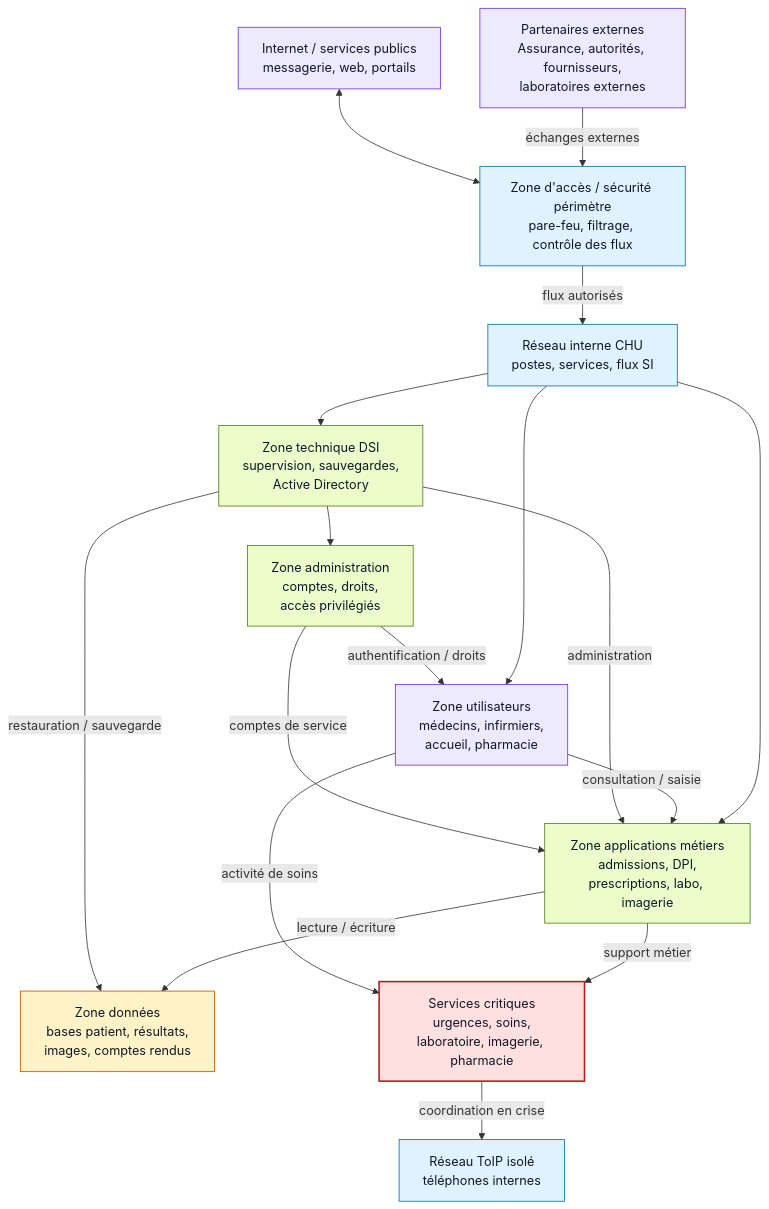
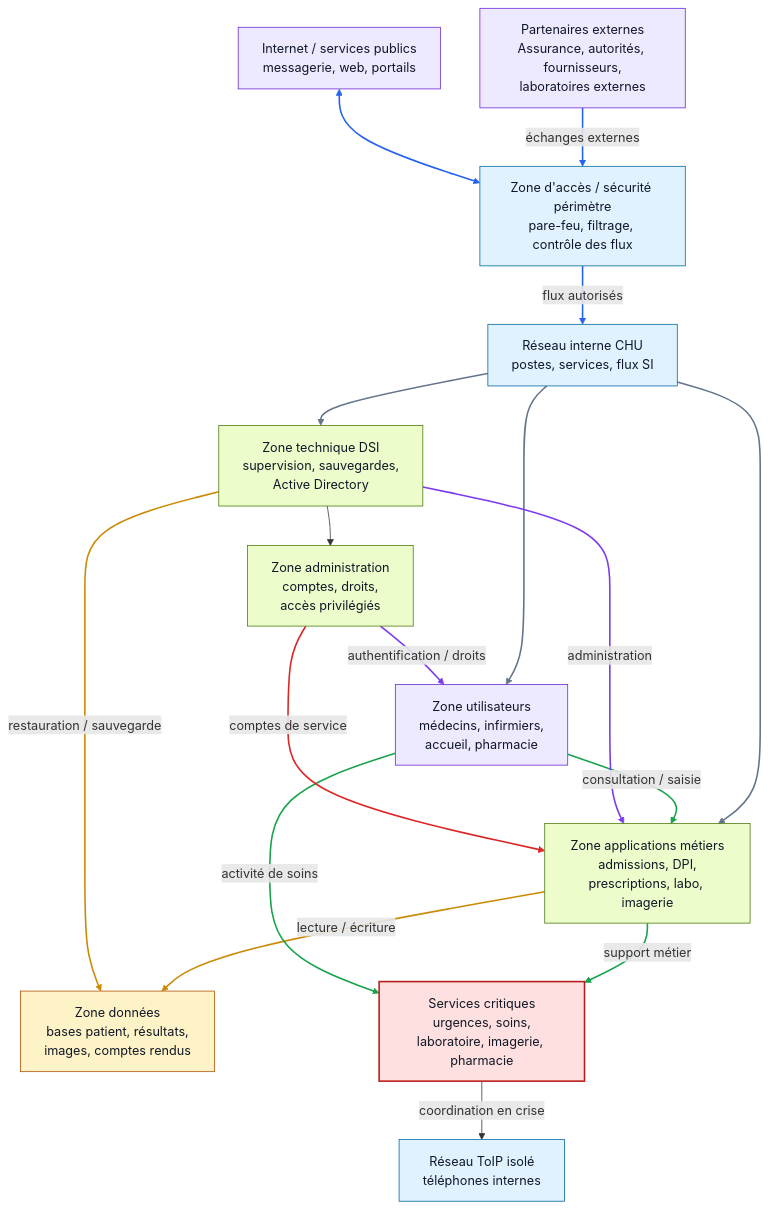
One commit to chabad26/memo-ais changed the diagram in docs/systeme-info-si/premiere-vue-globale-si.md. Above: the diagram before and after it, drawn with Mermaid. The commit also changed other lines of this file and 6 other files, not shown here.

````diff
--- a/docs/systeme-info-si/premiere-vue-globale-si.md
+++ b/docs/systeme-info-si/premiere-vue-globale-si.md
@@ -24,48 +24,55 @@
 ```mermaid
 flowchart TD
     EXT["Partenaires externes<br/>Assurance, autorités, fournisseurs,<br/>laboratoires externes"]
     WEB["Internet / services publics<br/>messagerie, web, portails"]
     PERIM["Zone d'accès / sécurité périmètre<br/>pare-feu, filtrage, contrôle des flux"]
     INT["Réseau interne CHU<br/>postes, services, flux SI"]
 
     USERS["Zone utilisateurs<br/>médecins, infirmiers,<br/>accueil, pharmacie"]
     APPS["Zone applications métiers<br/>admissions, DPI,<br/>prescriptions, labo, imagerie"]
     DATA["Zone données<br/>bases patient, résultats,<br/>images, comptes rendus"]
     TECH["Zone technique DSI<br/>supervision, sauvegardes,<br/>Active Directory"]
     ADMIN["Zone administration<br/>comptes, droits,<br/>accès privilégiés"]
     CRIT["Services critiques<br/>urgences, soins,<br/>laboratoire, imagerie, pharmacie"]
     TOIP["Réseau ToIP isolé<br/>téléphones internes"]
 
     EXT -->|"échanges externes"| PERIM
     WEB <--> PERIM
     PERIM -->|"flux autorisés"| INT
 
     INT --> USERS
     INT --> APPS
     INT --> TECH
 
     USERS -->|"consultation / saisie"| APPS
     APPS -->|"lecture / écriture"| DATA
     APPS -->|"support métier"| CRIT
     USERS -->|"activité de soins"| CRIT
 
     TECH -->|"administration"| APPS
     TECH -->|"restauration / sauvegarde"| DATA
     ADMIN -->|"authentification / droits"| USERS
     ADMIN -->|"comptes de service"| APPS
     TECH --> ADMIN
 
     CRIT -->|"coordination en crise"| TOIP
 
     classDef critical fill:#ffe0e0,stroke:#b91c1c,stroke-width:2px,color:#111827;
     classDef network fill:#e0f2fe,stroke:#0369a1,stroke-width:1px,color:#111827;
     classDef app fill:#ecfccb,stroke:#4d7c0f,stroke-width:1px,color:#111827;
     classDef data fill:#fef3c7,stroke:#b45309,stroke-width:1px,color:#111827;
     classDef user fill:#ede9fe,stroke:#6d28d9,stroke-width:1px,color:#111827;
 
     class CRIT critical;
     class PERIM,INT,TOIP network;
     class APPS,TECH,ADMIN app;
     class DATA data;
     class USERS,EXT,WEB user;
+
+    linkStyle 0,1,2 stroke:#2563eb,stroke-width:2px;
+    linkStyle 3,4,5 stroke:#64748b,stroke-width:2px;
+    linkStyle 6,8,9 stroke:#16a34a,stroke-width:2px;
+    linkStyle 7,11 stroke:#ca8a04,stroke-width:2px;
+    linkStyle 10,12 stroke:#7c3aed,stroke-width:2px;
+    linkStyle 13 stroke:#dc2626,stroke-width:2px;
 ```
````
